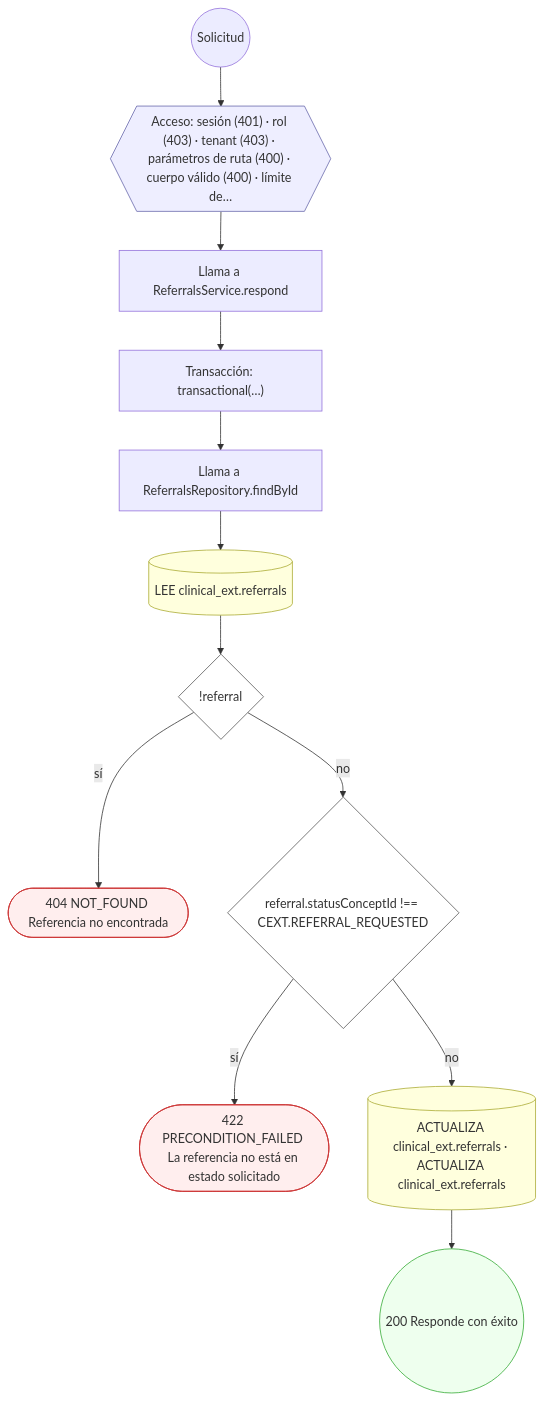
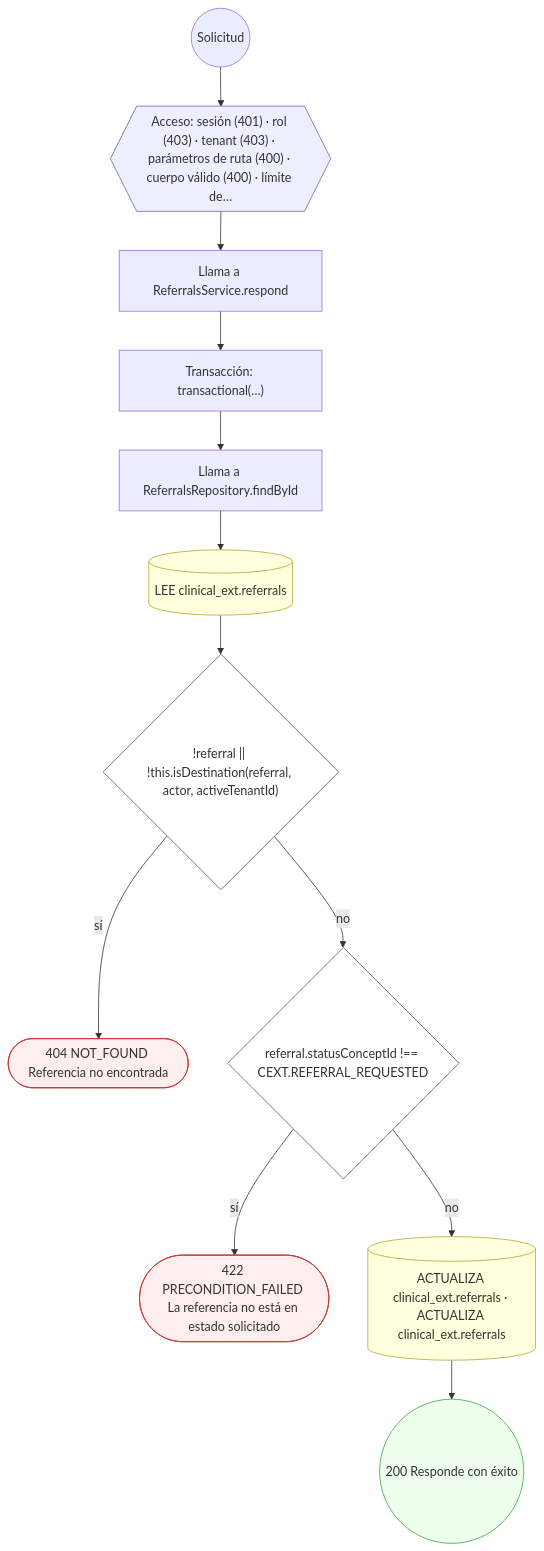
Diagram 23 of 26 in docs/inventario/flujos/clinical_ext.md (mdavila-2001/mantra-core-health-api), drawn with Mermaid before and after one commit. The commit also changed other lines of this file and 438 other files, not shown here.

````diff
--- a/docs/inventario/flujos/clinical_ext.md
+++ b/docs/inventario/flujos/clinical_ext.md
@@ -1305,32 +1730,32 @@
 ```mermaid
 flowchart TD
   n1(("Solicitud")):::inicio
   n2{{"Acceso: sesión (401) · rol (403) · tenant (403) · parámetros de ruta (400) · cuerpo válido (400) · límite de…"}}:::acceso
   n1 --> n2
   n3["Llama a ReferralsService.respond"]:::llamada
   n2 --> n3
   n4["Transacción: transactional(…)"]:::transaccion
   n3 --> n4
   n5["Llama a ReferralsRepository.findById"]:::llamada
   n4 --> n5
   n6[("LEE clinical_ext.referrals")]:::efecto
   n5 --> n6
-  n7{"!referral"}:::decision
+  n7{"!referral || !this.isDestination(referral, actor, activeTenantId)"}:::decision
   n6 --> n7
   n8(["404 NOT_FOUND Referencia no encontrada"]):::error
   n7 -->|"sí"| n8
   n9{"referral.statusConceptId !== CEXT.REFERRAL_REQUESTED"}:::decision
   n7 -->|"no"| n9
   n10(["422 PRECONDITION_FAILED La referencia no está en estado solicitado"]):::error
   n9 -->|"sí"| n10
   n11[("ACTUALIZA clinical_ext.referrals · ACTUALIZA clinical_ext.referrals")]:::efecto
   n9 -->|"no"| n11
   n12(("200 Responde con éxito")):::ok
   n11 --> n12
   classDef acceso fill:#eef,stroke:#66a
   classDef error fill:#fee,stroke:#c33
   classDef ok fill:#efe,stroke:#3a3
   classDef efecto fill:#ffd,stroke:#aa3
   classDef decision fill:#fff,stroke:#555
   classDef corte fill:#eee,stroke:#999,stroke-dasharray: 4
 ```
````
